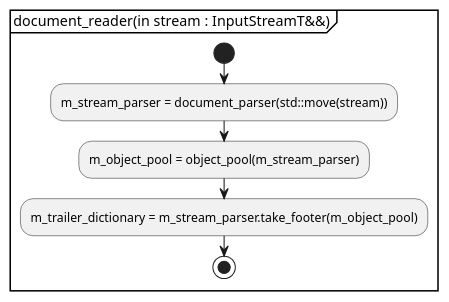
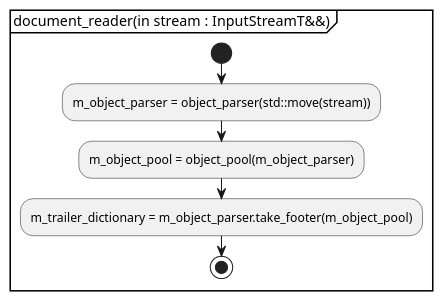
The first of 5 diagrams in document/document_reader/document_reader.activity.pu (KodaiYM/PDFReader), drawn with PlantUML before and after one commit. The commit also changed other lines of this file and 23 other files, not shown here.

Commit message:
document_parser -> object_parser

```diff
--- a/document/document_reader/document_reader.activity.pu
+++ b/document/document_reader/document_reader.activity.pu
@@ -1,9 +1,9 @@
 @startuml document_reader
 partition "document_reader(in stream : InputStreamT&&)" {
 start
-	:m_stream_parser = document_parser(std::move(stream));
-	:m_object_pool = object_pool(m_stream_parser);
-	:m_trailer_dictionary = m_stream_parser.take_footer(m_object_pool);
+	:m_object_parser = object_parser(std::move(stream));
+	:m_object_pool = object_pool(m_object_parser);
+	:m_trailer_dictionary = m_object_parser.take_footer(m_object_pool);
 stop
 }
 @enduml
```
